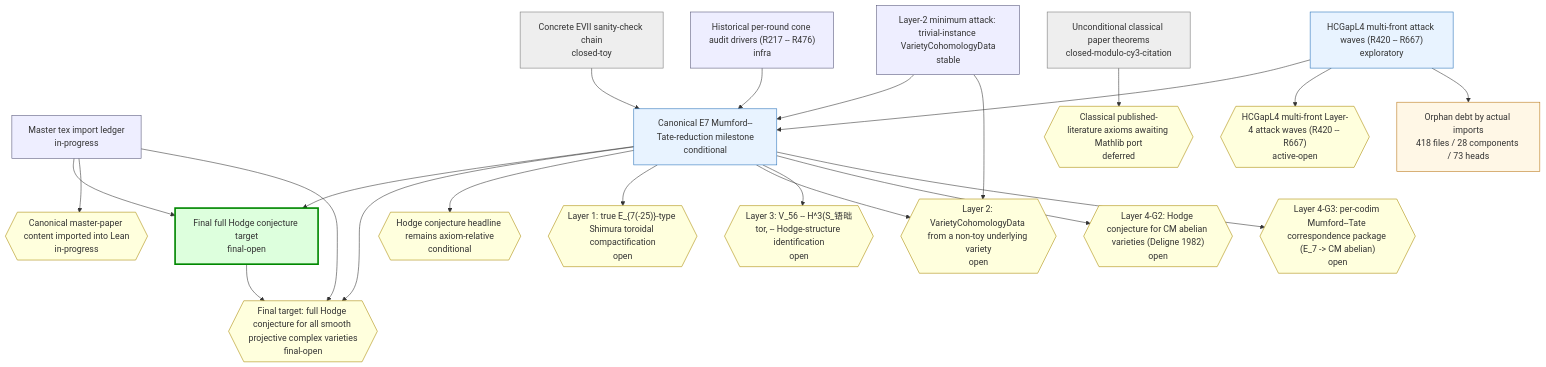
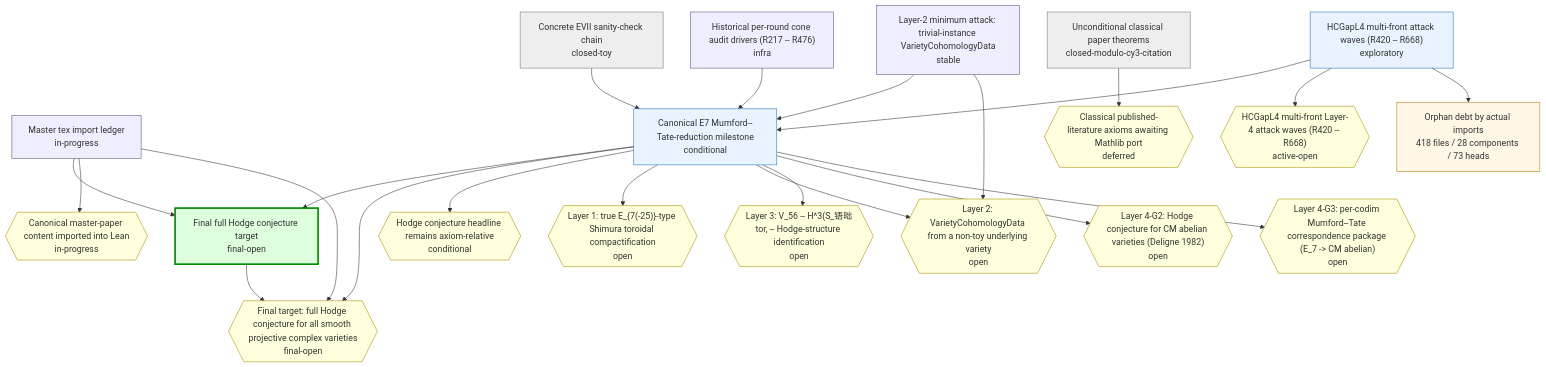
The first of 2 diagrams in chain-status/research-map.md (crabsatellite/hodge-conjecture-lean4-formalization), drawn with Mermaid before and after one commit. The commit also changed other lines of this file and 8 other files, not shown here.

````diff
--- a/chain-status/research-map.md
+++ b/chain-status/research-map.md
@@ -46,54 +46,54 @@
 ```mermaid
 graph TD
   classDef main fill:#dfd,stroke:#080,stroke-width:3px
   classDef active fill:#e8f3ff,stroke:#2670b8
   classDef support fill:#eef,stroke:#557
   classDef closed fill:#eee,stroke:#777
   classDef dead fill:#fdd,stroke:#a00,stroke-width:2px
   classDef gapOpen fill:#ffd,stroke:#a80
   classDef gapClosed fill:#eee,stroke:#777
   classDef gapDead fill:#fdd,stroke:#a00
   classDef debt fill:#fff7e6,stroke:#b87514
   classDef debtTaxonomy fill:#e8f3ff,stroke:#2670b8,stroke-dasharray:3 3
   classDef debtRule fill:#eefbea,stroke:#398439,stroke-dasharray:3 3
   classDef debtDead fill:#fdd,stroke:#a00,stroke-dasharray:3 3
   chain_full_hc_final_target["Final full Hodge conjecture target\nfinal-open"]:::main
   chain_master_paper_import_ledger["Master tex import ledger\nin-progress"]:::support
   chain_main_hc_axiom_relative["Canonical E7 Mumford--Tate-reduction milestone\nconditional"]:::active
   chain_unconditional_classical["Unconditional classical paper theorems\nclosed-modulo-cy3-citation"]:::closed
   chain_hcgap_l2_trivial_instances["Layer-2 minimum attack: trivial-instance VarietyCohomologyData\nstable"]:::support
-  chain_hcgap_l4_multifront_active["HCGapL4 multi-front attack waves (R420 -- R667)\nexploratory"]:::active
+  chain_hcgap_l4_multifront_active["HCGapL4 multi-front attack waves (R420 -- R668)\nexploratory"]:::active
   chain_concrete_evii_toy["Concrete EVII sanity-check chain\nclosed-toy"]:::closed
   chain_historical_cone_audits["Historical per-round cone audit drivers (R217 -- R476)\ninfra"]:::support
   gap_G_full_hc{{"Final target: full Hodge conjecture for all smooth projective complex varieties\nfinal-open"}}:::gapOpen
   gap_G_master_paper_import{{"Canonical master-paper content imported into Lean\nin-progress"}}:::gapOpen
   gap_G_main_hc{{"Hodge conjecture headline remains axiom-relative\nconditional"}}:::gapOpen
   gap_G_l1_e7_shimura_tor{{"Layer 1: true E_{7(-25)}-type Shimura toroidal compactification\nopen"}}:::gapOpen
   gap_G_l2_cohomology_construction{{"Layer 2: VarietyCohomologyData from a non-toy underlying variety\nopen"}}:::gapOpen
   gap_G_l3_v56_mt_identification{{"Layer 3: V_56 -- H^3(S_铻昢tor, -- Hodge-structure identification\nopen"}}:::gapOpen
   gap_G_l4_cm_abelian_hc{{"Layer 4-G2: Hodge conjecture for CM abelian varieties (Deligne 1982)\nopen"}}:::gapOpen
   gap_G_l4_mt_correspondence{{"Layer 4-G3: per-codim Mumford--Tate correspondence package (E_7 -> CM abelian)\nopen"}}:::gapOpen
   gap_G_classical_mathlib_port{{"Classical published-literature axioms awaiting Mathlib port\ndeferred"}}:::gapOpen
-  gap_G_hcgap_l4_multifront{{"HCGapL4 multi-front Layer-4 attack waves (R420 -- R667)\nactive-open"}}:::gapOpen
+  gap_G_hcgap_l4_multifront{{"HCGapL4 multi-front Layer-4 attack waves (R420 -- R668)\nactive-open"}}:::gapOpen
   chain_full_hc_final_target --> gap_G_full_hc
   chain_master_paper_import_ledger --> chain_full_hc_final_target
   chain_master_paper_import_ledger --> gap_G_master_paper_import
   chain_master_paper_import_ledger --> gap_G_full_hc
   chain_main_hc_axiom_relative --> chain_full_hc_final_target
   chain_main_hc_axiom_relative --> gap_G_full_hc
   chain_main_hc_axiom_relative --> gap_G_main_hc
   chain_main_hc_axiom_relative --> gap_G_l1_e7_shimura_tor
   chain_main_hc_axiom_relative --> gap_G_l2_cohomology_construction
   chain_main_hc_axiom_relative --> gap_G_l3_v56_mt_identification
   chain_main_hc_axiom_relative --> gap_G_l4_cm_abelian_hc
   chain_main_hc_axiom_relative --> gap_G_l4_mt_correspondence
   chain_unconditional_classical --> gap_G_classical_mathlib_port
   chain_hcgap_l2_trivial_instances --> chain_main_hc_axiom_relative
   chain_hcgap_l2_trivial_instances --> gap_G_l2_cohomology_construction
   chain_hcgap_l4_multifront_active --> chain_main_hc_axiom_relative
   chain_hcgap_l4_multifront_active --> gap_G_hcgap_l4_multifront
   chain_concrete_evii_toy --> chain_main_hc_axiom_relative
   chain_historical_cone_audits --> chain_main_hc_axiom_relative
   debt_all["Orphan debt by actual imports\n418 files / 28 components / 73 heads"]:::debt
   chain_hcgap_l4_multifront_active --> debt_all
 ```
````
